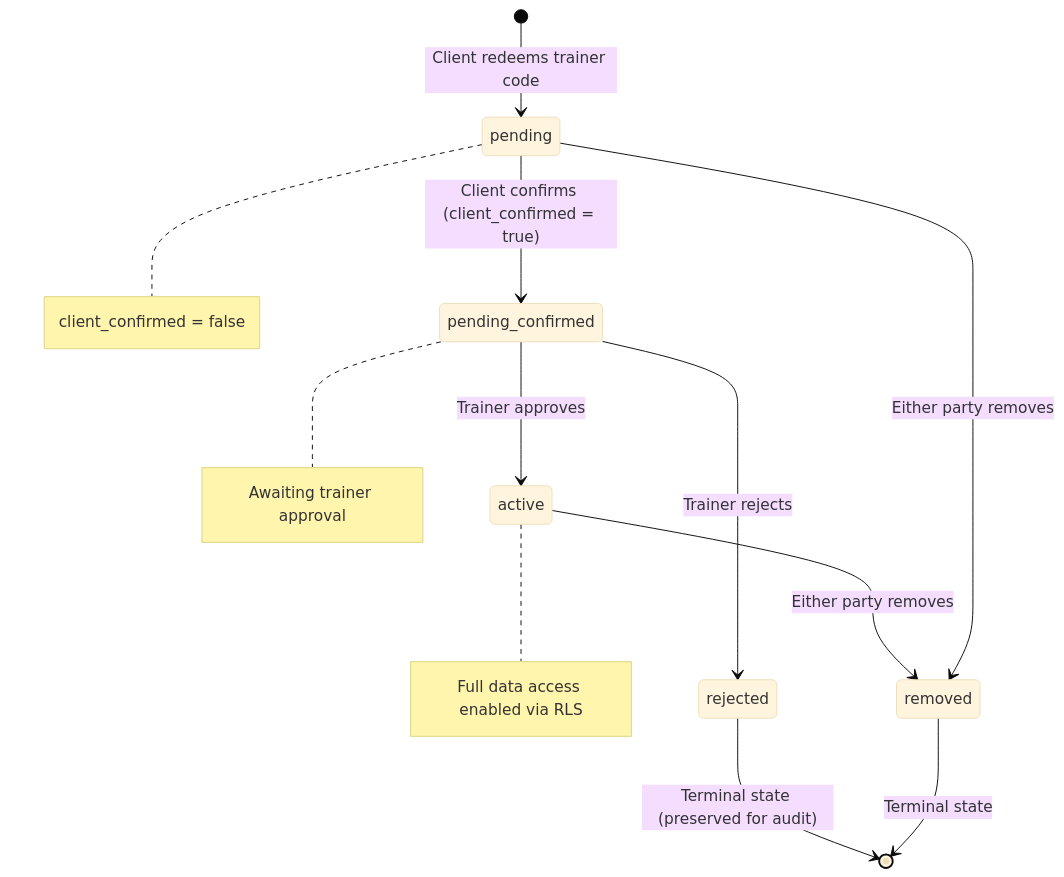
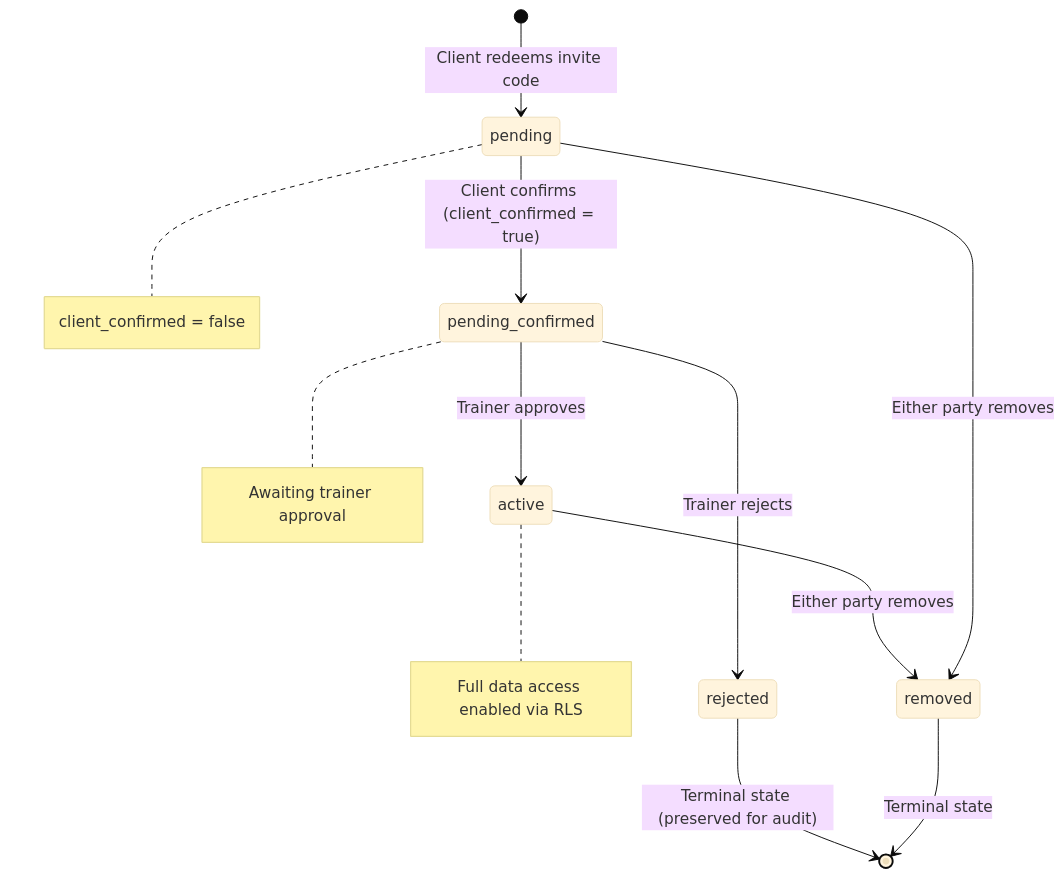
One commit to 2Bros1Mission/GymApp changed the second of 2 diagrams in Documentation/supabase-rpc-reference.md. Above: the diagram before and after it, drawn with Mermaid (base theme). The commit also changed other lines of this file and 3 other files, not shown here.

````diff
--- a/Documentation/supabase-rpc-reference.md
+++ b/Documentation/supabase-rpc-reference.md
@@ -397,15 +229,15 @@
 ```mermaid
 stateDiagram-v2
-    [*] --> pending: Client redeems trainer code
+    [*] --> pending: Client redeems invite code
     pending --> pending_confirmed: Client confirms (client_confirmed = true)
     pending_confirmed --> active: Trainer approves
     pending_confirmed --> rejected: Trainer rejects
     active --> removed: Either party removes
     pending --> removed: Either party removes
     rejected --> [*]: Terminal state (preserved for audit)
     removed --> [*]: Terminal state
 
     note right of pending: client_confirmed = false
     note right of pending_confirmed: Awaiting trainer approval
     note right of active: Full data access enabled via RLS
 ```
````
